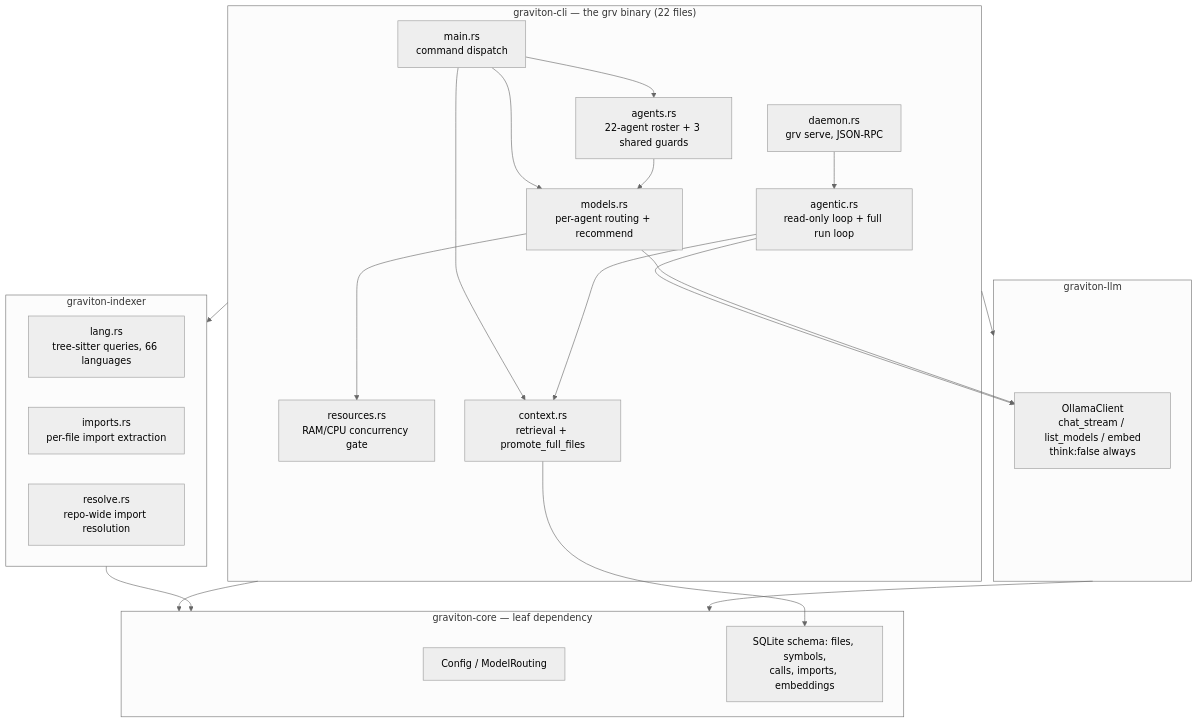
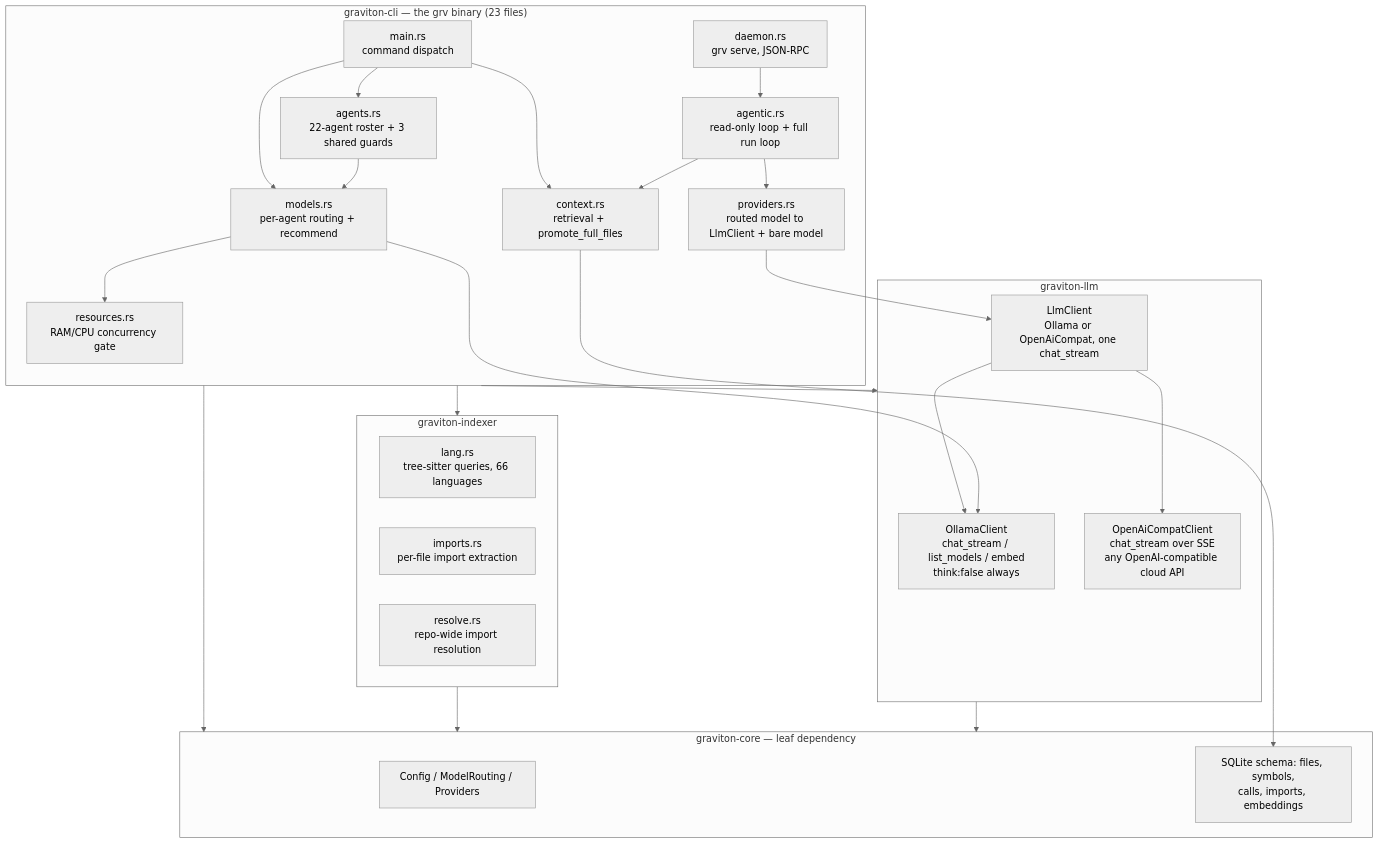
One commit to RhaB17369/Graviton changed the first of 5 diagrams in ARCHITECTURE.md. Above: the diagram before and after it, drawn with Mermaid (neutral theme). The commit also changed other lines of this file and 1 other file, not shown here.

First line of the commit message:
Document cloud providers (providers.toml) in README and ARCHITECTURE

````diff
--- a/ARCHITECTURE.md
+++ b/ARCHITECTURE.md
@@ -35,40 +35,46 @@
 ```mermaid
 graph TD
-    subgraph cli["graviton-cli — the grv binary (22 files)"]
+    subgraph cli["graviton-cli — the grv binary (23 files)"]
         MAIN[main.rs<br/>command dispatch]
         AGENTS[agents.rs<br/>22-agent roster + 3 shared guards]
         CONTEXT[context.rs<br/>retrieval + promote_full_files]
         AGENTIC[agentic.rs<br/>read-only loop + full run loop]
         MODELS[models.rs<br/>per-agent routing + recommend]
+        PROVIDERS[providers.rs<br/>routed model to LlmClient + bare model]
         RESOURCES[resources.rs<br/>RAM/CPU concurrency gate]
         DAEMON[daemon.rs<br/>grv serve, JSON-RPC]
     end
     subgraph llm["graviton-llm"]
         OLLAMA[OllamaClient<br/>chat_stream / list_models / embed<br/>think:false always]
+        OPENAI[OpenAiCompatClient<br/>chat_stream over SSE<br/>any OpenAI-compatible cloud API]
+        LLMCLIENT[LlmClient<br/>Ollama or OpenAiCompat, one chat_stream]
     end
     subgraph indexer["graviton-indexer"]
         LANG[lang.rs<br/>tree-sitter queries, 66 languages]
         IMPORTS[imports.rs<br/>per-file import extraction]
         RESOLVE[resolve.rs<br/>repo-wide import resolution]
     end
     subgraph core["graviton-core — leaf dependency"]
-        CONFIG[Config / ModelRouting]
+        CONFIG[Config / ModelRouting / Providers]
         SCHEMA[SQLite schema: files, symbols,<br/>calls, imports, embeddings]
     end
 
     MAIN --> AGENTS
     MAIN --> CONTEXT
     MAIN --> MODELS
     AGENTIC --> CONTEXT
-    AGENTIC --> OLLAMA
+    AGENTIC --> PROVIDERS
+    PROVIDERS --> LLMCLIENT
+    LLMCLIENT --> OLLAMA
+    LLMCLIENT --> OPENAI
     AGENTS --> MODELS
     MODELS --> OLLAMA
     MODELS --> RESOURCES
     CONTEXT --> SCHEMA
     DAEMON --> AGENTIC
     cli --> llm
     cli --> indexer
     cli --> core
     indexer --> core
     llm --> core
 ```
````
